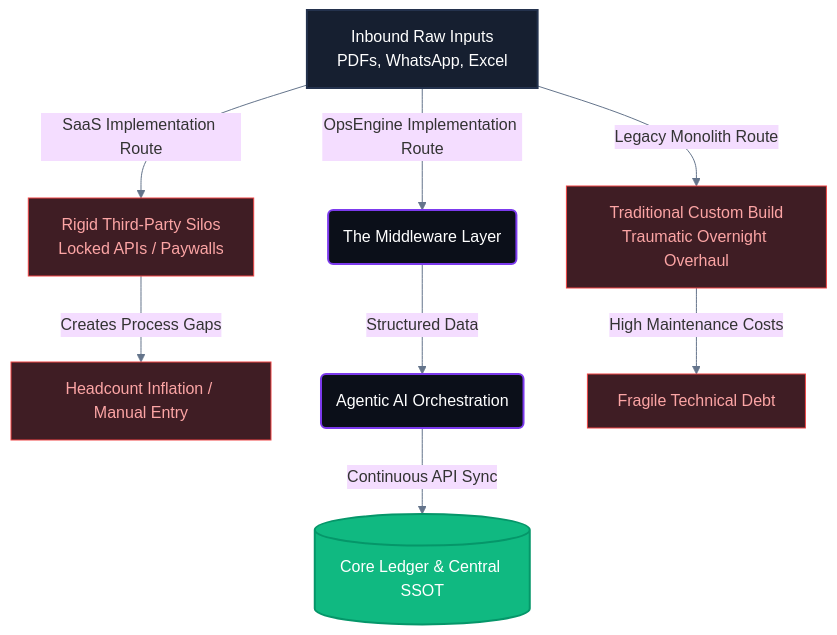
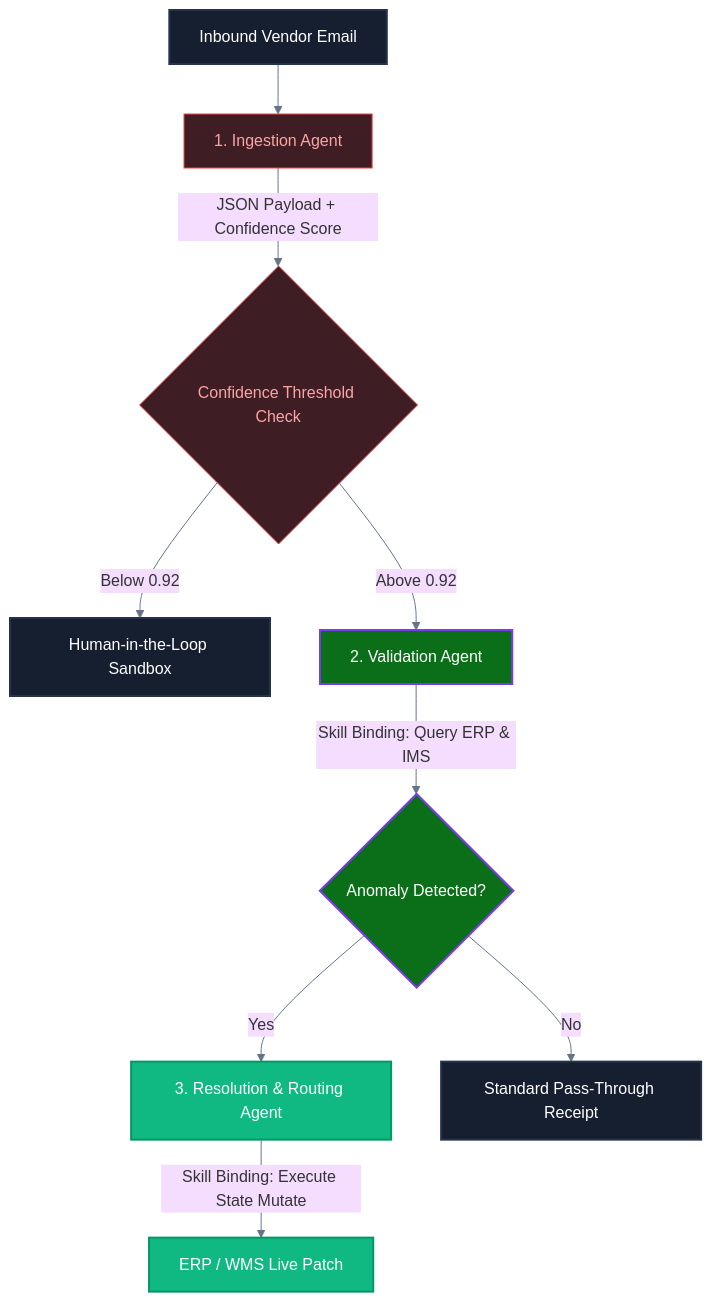
Before and after one commit to kay-ong/operational-ai-blueprints: the diagram in multi-agent-exception-handling.md, drawn with Mermaid. The commit also changed other lines of this file, not shown here.

````diff
--- a/multi-agent-exception-handling.md
+++ b/multi-agent-exception-handling.md
@@ -7,31 +5,29 @@
 ```mermaid
 %%{init: {
-  'theme': 'base',
-  'themeVariables': {
-    'lineColor': '#64748B'
-  }
+'theme': 'base',
+'themeVariables': {
+'lineColor': '#64748B'
+}
 }}%%
 graph TD
-    %% Define Styles
-    classDef inputs fill:#161F30,stroke:#24324D,stroke-width:2px,color:#fff;
-    classDef traps fill:#3F1D24,stroke:#EF4444,stroke-width:1px,color:#FCA5A5;
-    classDef engine fill:#0B0F19,stroke:#7C3AED,stroke-width:2px,color:#fff;
-    classDef targets fill:#10B981,stroke:#059669,stroke-width:2px,color:#fff;
+%% Define Styles
+classDef inputs fill:#161F30,stroke:#24324D,stroke-width:2px,color:#fff;
+classDef agent1 fill:#3F1D24,stroke:#EF4444,stroke-width:1px,color:#FCA5A5;
+classDef agent2 fill:#0B6F19,stroke:#7C3AED,stroke-width:2px,color:#fff;
+classDef agent3 fill:#10B981,stroke:#059669,stroke-width:2px,color:#fff;
 
-    %% Inbound Layer
-    A[Inbound Raw Inputs<br>PDFs, WhatsApp, Excel] -->|"SaaS Implementation Route"| C[Rigid Third-Party Silos<br>Locked APIs / Paywalls]
-    A -->|"OpsEngine Implementation Route"| B(The Middleware Layer)
-    A -->|"Legacy Monolith Route"| E[Traditional Custom Build<br>Traumatic Overnight Overhaul]
-
-    %% Operational Consequences
-    C -->|Creates Process Gaps| F[Headcount Inflation / Manual Entry]
-    B -->|Structured Data | D(Agentic AI Orchestration)
-    D -->|Continuous API Sync| G[(Core Ledger & Central SSOT)]
-    E -->|High Maintenance Costs| H[Fragile Technical Debt]
+    A[Inbound Vendor Email] --> B[1. Ingestion Agent]
+    B -->|"JSON Payload + Confidence Score"| C{Confidence Threshold Check}
+    C -->|Below 0.92 | D[Human-in-the-Loop Sandbox]
+    C -->|Above 0.92 | E[2. Validation Agent]
+    E -->|Skill Binding: Query ERP & IMS | F{Anomaly Detected?}
+    F -->|Yes | G[3. Resolution & Routing Agent]
+    F -->|No | H[Standard Pass-Through Receipt]
+    G -->|Skill Binding: Execute State Mutate | I[ERP / WMS Live Patch]
 
     %% Apply Styles
-    class A inputs;
-    class C,E,F,H traps;
-    class B,D engine;
-    class G targets;
+    class A,D,H inputs;
+    class B,C agent1;
+    class E,F agent2;
+    class G,I agent3;
 ```
````
